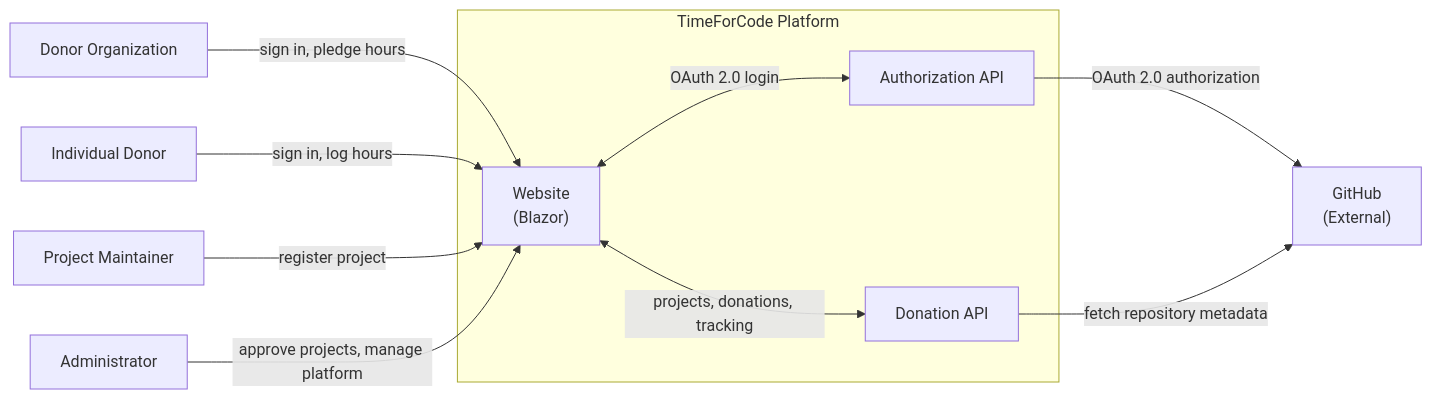
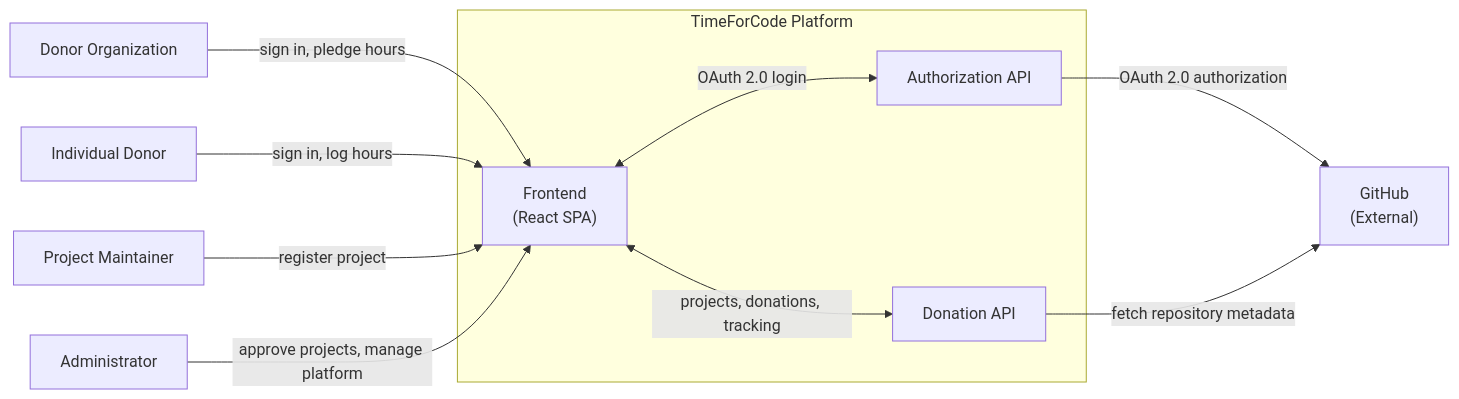
The first of 2 diagrams in docs/architecture/arc42/03-context-and-scope.md (wouterfennis/TimeForCode), drawn with Mermaid before and after one commit. The commit also changed other lines of this file and 142 other files, not shown here.

Commit message:
feat(frontend): scaffold the React SPA with lint, type-check and tests in CI (#110) (#116)

````diff
--- a/docs/architecture/arc42/03-context-and-scope.md
+++ b/docs/architecture/arc42/03-context-and-scope.md
@@ -15,23 +15,23 @@
 ```mermaid
 graph LR
     DonorOrg["Donor Organization"]
     IndividualDonor["Individual Donor"]
     Maintainer["Project Maintainer"]
     Admin["Administrator"]
     GitHub["GitHub\n(External)"]
 
     subgraph TimeForCode Platform
-        Website["Website\n(Blazor)"]
+        Frontend["Frontend\n(React SPA)"]
         AuthAPI["Authorization API"]
         DonationAPI["Donation API"]
     end
 
-    DonorOrg -->|sign in, pledge hours| Website
-    IndividualDonor -->|sign in, log hours| Website
-    Maintainer -->|register project| Website
-    Admin -->|approve projects, manage platform| Website
-    Website <-->|OAuth 2.0 login| AuthAPI
-    Website <-->|projects, donations, tracking| DonationAPI
+    DonorOrg -->|sign in, pledge hours| Frontend
+    IndividualDonor -->|sign in, log hours| Frontend
+    Maintainer -->|register project| Frontend
+    Admin -->|approve projects, manage platform| Frontend
+    Frontend <-->|OAuth 2.0 login| AuthAPI
+    Frontend <-->|projects, donations, tracking| DonationAPI
     AuthAPI -->|OAuth 2.0 authorization| GitHub
     DonationAPI -->|fetch repository metadata| GitHub
 ```
````
